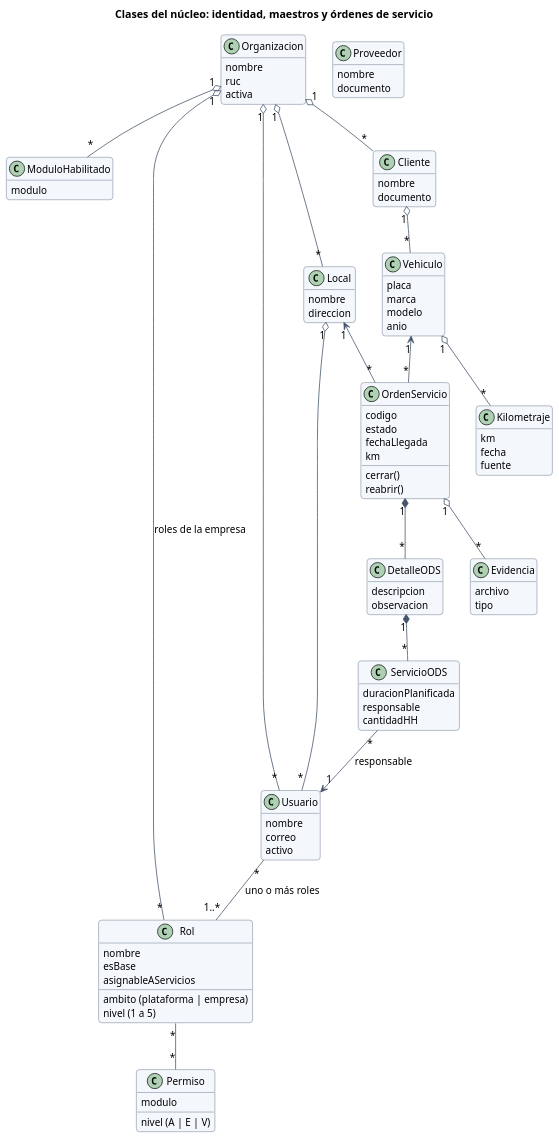
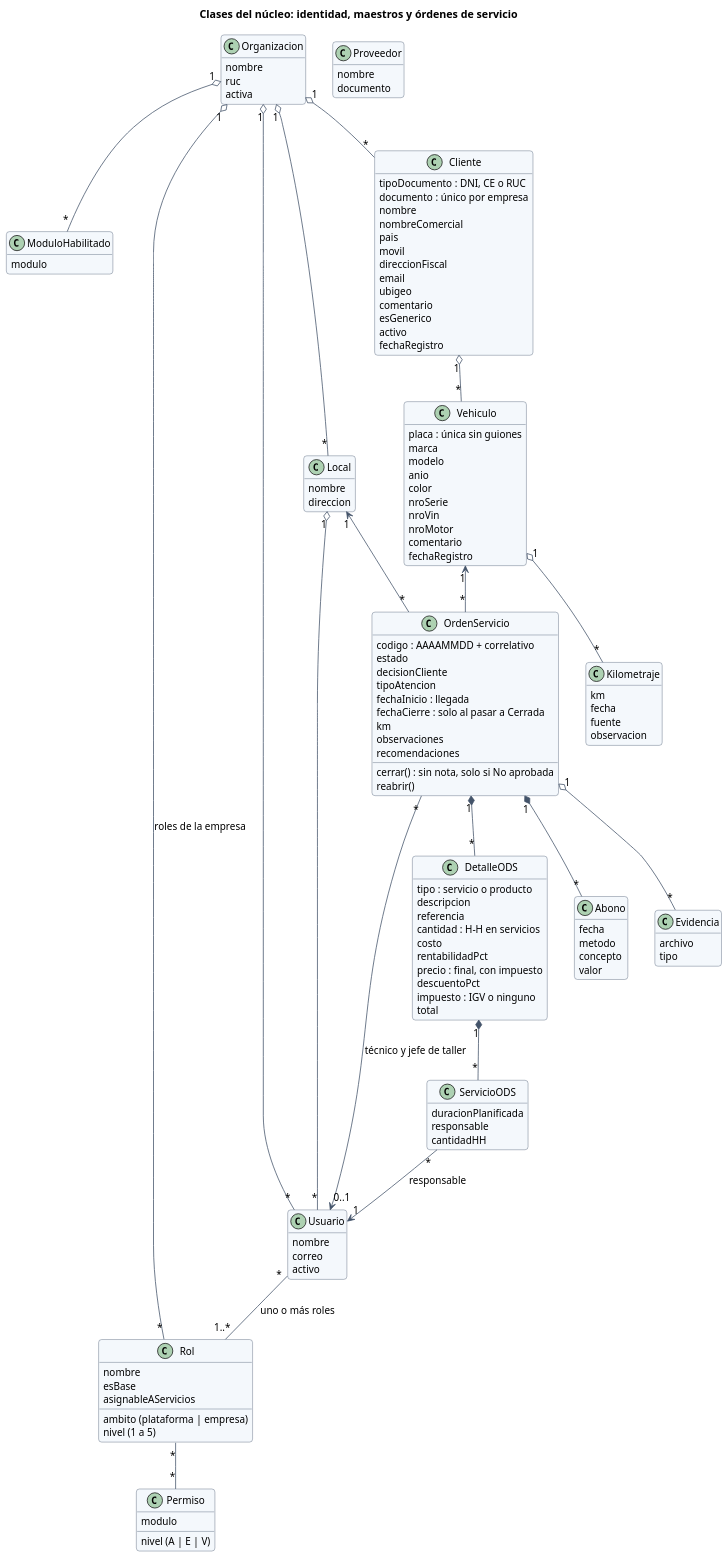
The diagram in diagramas/R81_consolidados/DCL-R81-0001_clases_nucleo_clientes_vehiculos_ods.puml (AlvaroMachaca05Dev/Tesis_Posventa), drawn with PlantUML before and after one commit. The commit also changed 90 other files, not shown here.

```diff
--- a/diagramas/R81_consolidados/DCL-R81-0001_clases_nucleo_clientes_vehiculos_ods.puml
+++ b/diagramas/R81_consolidados/DCL-R81-0001_clases_nucleo_clientes_vehiculos_ods.puml
@@ -1,100 +1,139 @@
 @startuml
 skinparam shadowing false
 skinparam defaultFontName Arial
 skinparam defaultFontSize 13
 skinparam dpi 120
 skinparam roundCorner 8
 skinparam ArrowColor #44546a
 skinparam ClassBackgroundColor #f4f8fc
 skinparam ClassBorderColor #44546a
 skinparam PackageBackgroundColor #ffffff
 skinparam NoteBackgroundColor #fff8e1
 hide empty members
 skinparam classAttributeIconSize 0
 
 title Clases del núcleo: identidad, maestros y órdenes de servicio
 class Organizacion {
   nombre
   ruc
   activa
 }
 class ModuloHabilitado {
   modulo
 }
 class Local {
   nombre
   direccion
 }
 class Usuario {
   nombre
   correo
   activo
 }
 class Rol {
   nombre
   ambito (plataforma | empresa)
   esBase
   nivel (1 a 5)
   asignableAServicios
 }
 class Permiso {
   modulo
   nivel (A | E | V)
 }
 class Cliente {
+  tipoDocumento : DNI, CE o RUC
+  documento : único por empresa
   nombre
-  documento
+  nombreComercial
+  pais
+  movil
+  direccionFiscal
+  email
+  ubigeo
+  comentario
+  esGenerico
+  activo
+  fechaRegistro
 }
 class Vehiculo {
-  placa
+  placa : única sin guiones
   marca
   modelo
   anio
+  color
+  nroSerie
+  nroVin
+  nroMotor
+  comentario
+  fechaRegistro
 }
 class Proveedor {
   nombre
   documento
 }
 class Kilometraje {
   km
   fecha
   fuente
+  observacion
 }
 class OrdenServicio {
-  codigo
+  codigo : AAAAMMDD + correlativo
   estado
-  fechaLlegada
+  decisionCliente
+  tipoAtencion
+  fechaInicio : llegada
+  fechaCierre : solo al pasar a Cerrada
   km
-  cerrar()
+  observaciones
+  recomendaciones
+  cerrar() : sin nota, solo si No aprobada
   reabrir()
 }
 class DetalleODS {
+  tipo : servicio o producto
   descripcion
-  observacion
+  referencia
+  cantidad : H-H en servicios
+  costo
+  rentabilidadPct
+  precio : final, con impuesto
+  descuentoPct
+  impuesto : IGV o ninguno
+  total
+}
+class Abono {
+  fecha
+  metodo
+  concepto
+  valor
 }
 class ServicioODS {
   duracionPlanificada
   responsable
   cantidadHH
 }
 class Evidencia {
   archivo
   tipo
 }
 Organizacion "1" o-- "*" Local
 Organizacion "1" o-- "*" ModuloHabilitado
 Organizacion "1" o-- "*" Rol : roles de la empresa
 Organizacion "1" o-- "*" Usuario
 Local "1" o-- "*" Usuario
 Usuario "*" -- "1..*" Rol : uno o más roles
 Rol "*" -- "*" Permiso
 Organizacion "1" o-- "*" Cliente
 Cliente "1" o-- "*" Vehiculo
 Vehiculo "1" o-- "*" Kilometraje
 Vehiculo "1" <-- "*" OrdenServicio
 Local "1" <-- "*" OrdenServicio
 OrdenServicio "1" *-- "*" DetalleODS
+OrdenServicio "1" *-- "*" Abono
+OrdenServicio "*" --> "0..1" Usuario : técnico y jefe de taller
 DetalleODS "1" *-- "*" ServicioODS
 OrdenServicio "1" o-- "*" Evidencia
 ServicioODS "*" --> "1" Usuario : responsable
 @enduml
```
